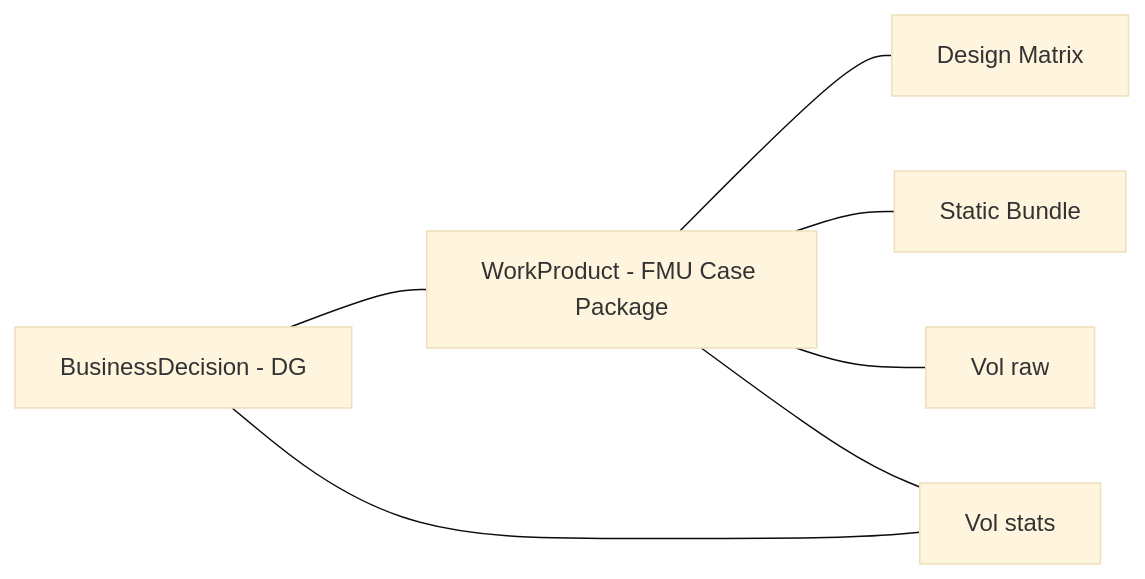
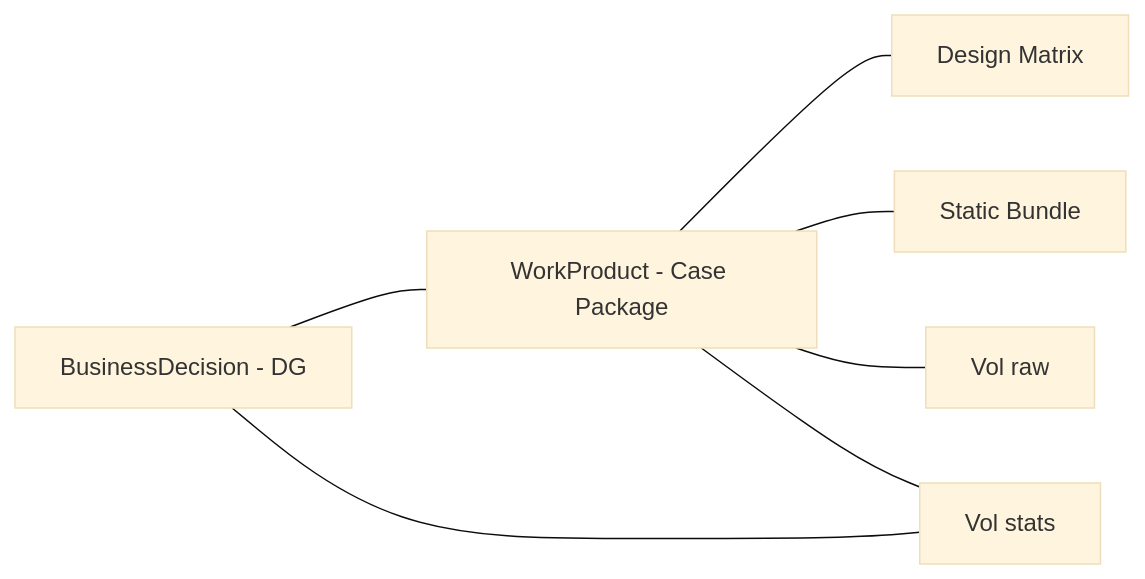
The fourth of 5 diagrams in md/Uncertainty.md (equinor/ores), drawn with Mermaid (base theme) before and after one commit. The commit also changed other lines of this file and 11 other files, not shown here.

````diff
--- a/md/Uncertainty.md
+++ b/md/Uncertainty.md
@@ -421,16 +434,16 @@
 ```mermaid
 flowchart LR
-  CASE_WP[WorkProduct - FMU Case Package]
+  CASE_WP[WorkProduct - Case Package]
   DM[Design Matrix]
   STATIC_SET[Static Bundle]
   REV_RAW[Vol raw]
   REV_AGG[Vol stats]
   BD[BusinessDecision - DG]
 
   CASE_WP --- DM
   CASE_WP --- STATIC_SET
   CASE_WP --- REV_RAW
   CASE_WP --- REV_AGG
   BD --- CASE_WP
   BD --- REV_AGG
 ```
````
